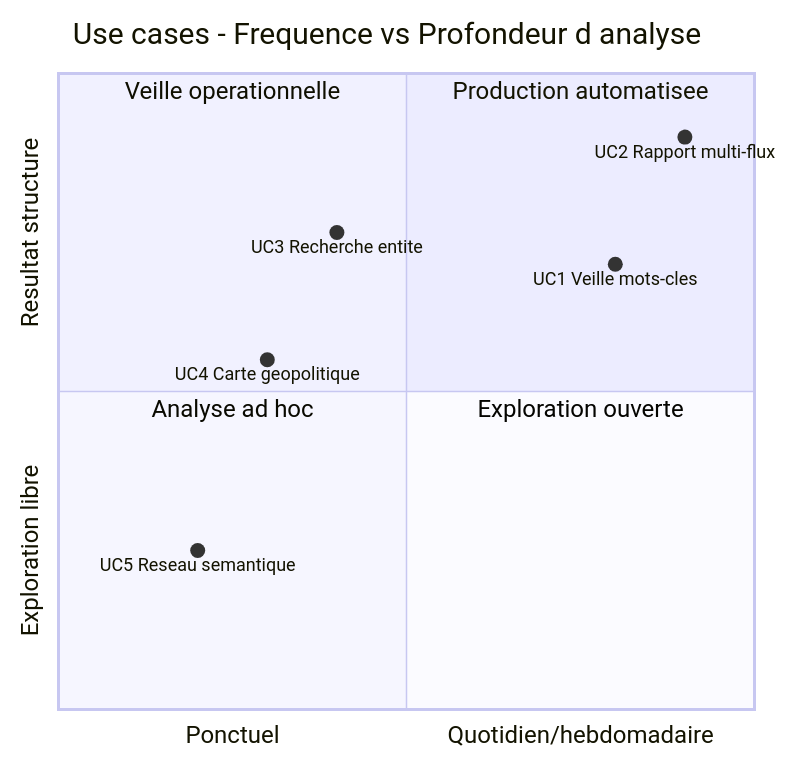
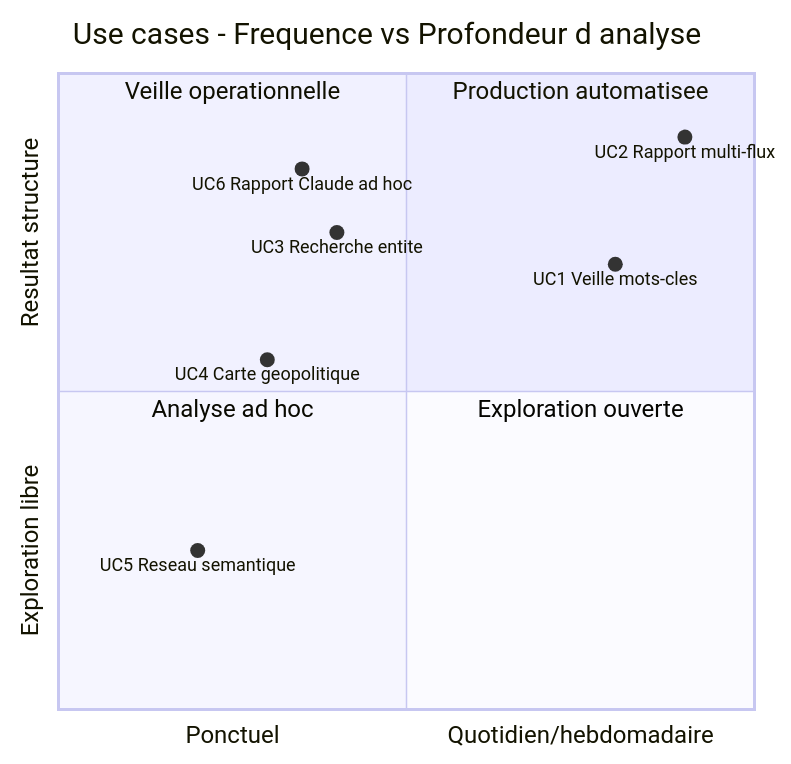
One commit to pat-the-geek/AnalyseActualites changed the seventh of 7 diagrams in docs/USE_CASES.md. Above: the diagram before and after it, drawn with Mermaid. The commit also changed other lines of this file, not shown here.

First line of the commit message:
docs: ajout UC6 rapport ad hoc avec Claude dans USE_CASES.md

````diff
--- a/docs/USE_CASES.md
+++ b/docs/USE_CASES.md
@@ -256,15 +290,16 @@
 ```mermaid
 quadrantChart
     title Use cases - Frequence vs Profondeur d analyse
     x-axis Ponctuel --> Quotidien/hebdomadaire
     y-axis Exploration libre --> Resultat structure
     quadrant-1 Production automatisee
     quadrant-2 Veille operationnelle
     quadrant-3 Analyse ad hoc
     quadrant-4 Exploration ouverte
     UC1 Veille mots-cles: [0.80, 0.70]
     UC2 Rapport multi-flux: [0.90, 0.90]
     UC3 Recherche entite: [0.40, 0.75]
     UC4 Carte geopolitique: [0.30, 0.55]
     UC5 Reseau semantique: [0.20, 0.25]
+    UC6 Rapport Claude ad hoc: [0.35, 0.85]
 ```
````
